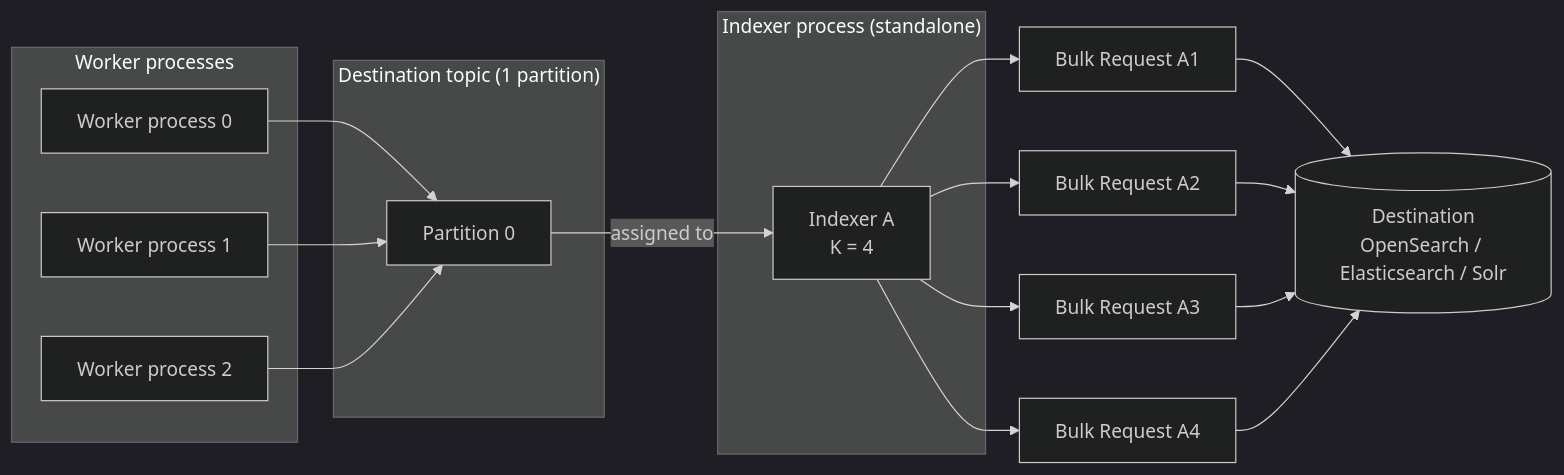
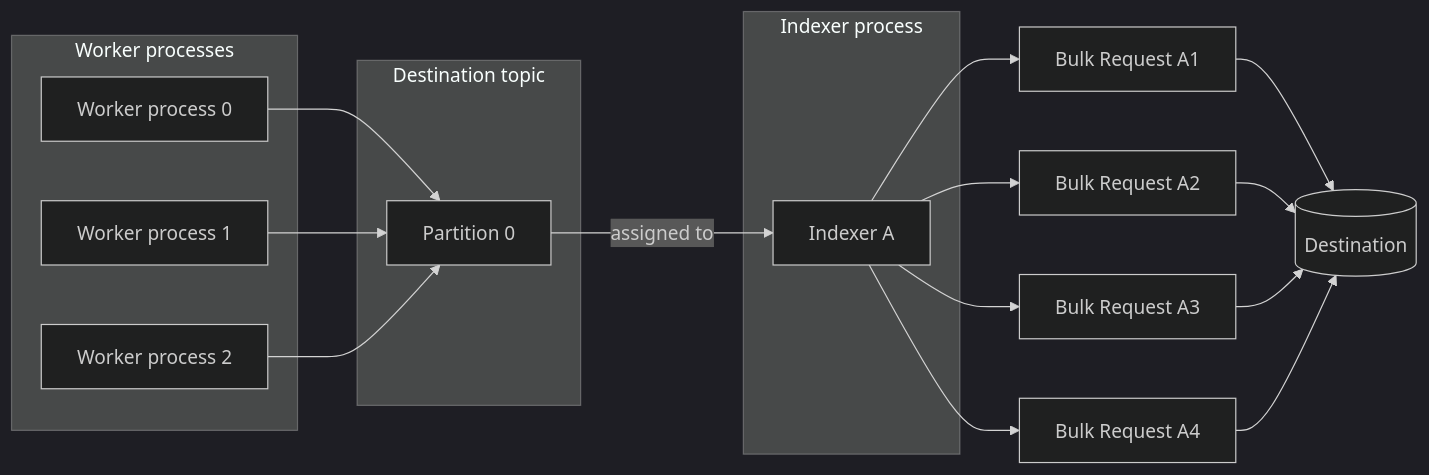
One commit to kmwtechnology/lucille changed the fourth of 5 diagrams in doc/site/content/en/docs/operations/indexing-throughput/indexing-fan-out.md. Above: the diagram before and after it, drawn with Mermaid (dark theme). The commit also changed other lines of this file and 1 other file, not shown here.

First line of the commit message:
docs: simplify fan-out diagram labels; fix Mermaid edge curves

````diff
--- a/doc/site/content/en/docs/operations/indexing-throughput/indexing-fan-out.md
+++ b/doc/site/content/en/docs/operations/indexing-throughput/indexing-fan-out.md
@@ -199,29 +200,29 @@
 ```mermaid
 flowchart LR
     subgraph WORKERS["Worker processes"]
         WP0["Worker process 0"]
         WP1["Worker process 1"]
         WP2["Worker process 2"]
     end
 
-    subgraph DT["Destination topic (1 partition)"]
+    subgraph DT["Destination topic"]
         DP0["Partition 0"]
     end
 
-    subgraph IP["Indexer process (standalone)"]
-        IDX["Indexer A<br/>K = 4"]
+    subgraph IP["Indexer process"]
+        IDX["Indexer A"]
     end
 
-    DEST[("Destination<br/>OpenSearch / Elasticsearch / Solr")]
+    DEST[("Destination")]
 
     WP0 --> DP0
     WP1 --> DP0
     WP2 --> DP0
 
     DP0 -->|assigned to| IDX
 
     IDX --> RA1["Bulk Request A1"] --> DEST
     IDX --> RA2["Bulk Request A2"] --> DEST
     IDX --> RA3["Bulk Request A3"] --> DEST
     IDX --> RA4["Bulk Request A4"] --> DEST
 ```
````
